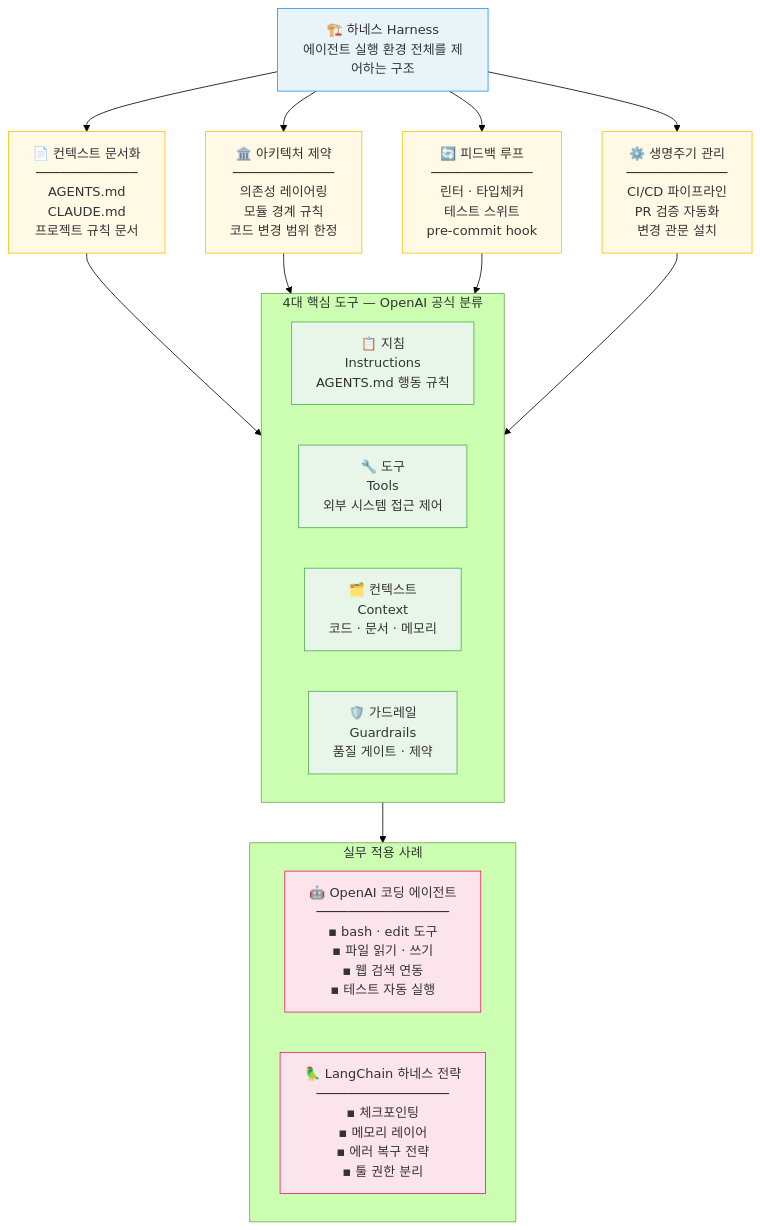
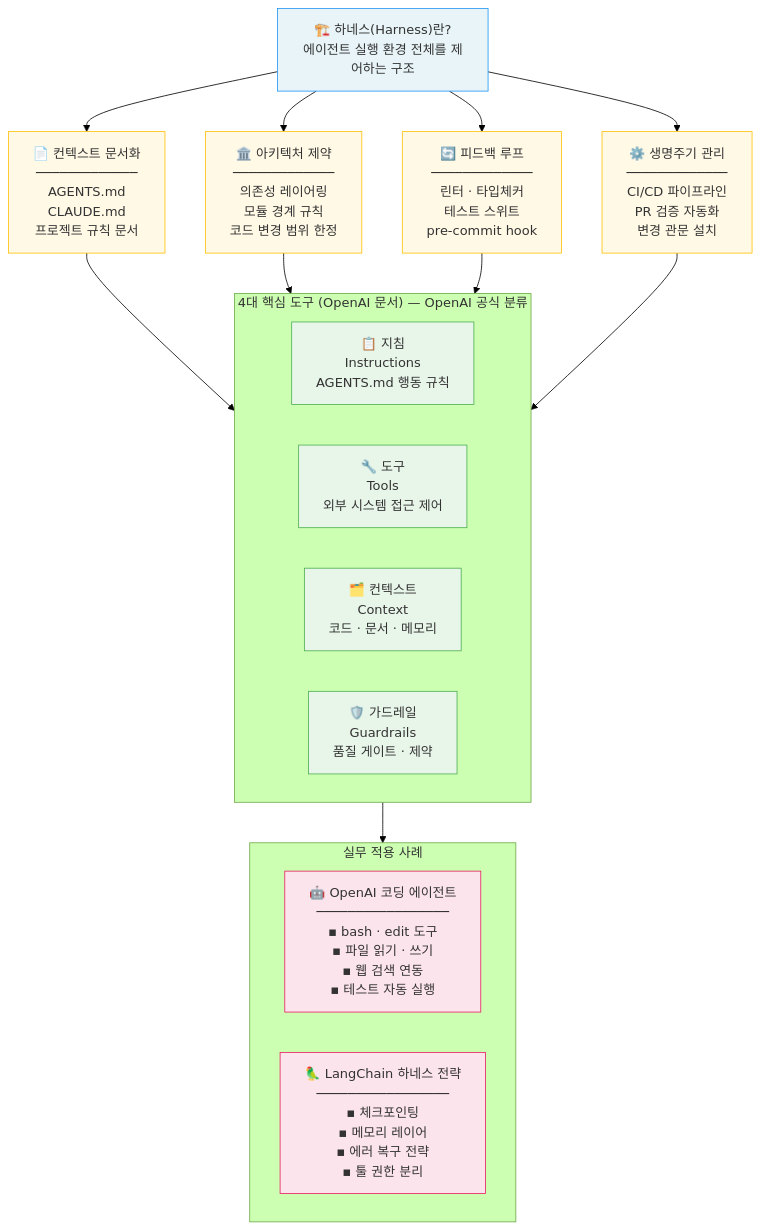
Before and after one commit to jeonck/it-audit-onboard: the second of 2 diagrams in content/harness_engineering.md, drawn with Mermaid (forest theme).

Commit message:
하네스 엔지니어링 다이어그램 원본 이미지 대조 수정
- ROOT 박스 제목 '하네스(Harness)란?' 으로 원본 표기 일치
- 4대 핵심 도구 subgraph 소제목에 'OpenAI 공식 분류' 명시

````diff
--- a/content/harness_engineering.md
+++ b/content/harness_engineering.md
@@ -48,41 +48,41 @@
 ```mermaid
 flowchart TD
-    ROOT["🏗️ 하네스 Harness\n에이전트 실행 환경 전체를 제어하는 구조"]
+    ROOT["🏗️ 하네스(Harness)란?\n에이전트 실행 환경 전체를 제어하는 구조"]
 
     ROOT --> C1 & C2 & C3 & C4
 
     C1["📄 컨텍스트 문서화\n─────────────\nAGENTS.md\nCLAUDE.md\n프로젝트 규칙 문서"]
     C2["🏛️ 아키텍처 제약\n─────────────\n의존성 레이어링\n모듈 경계 규칙\n코드 변경 범위 한정"]
     C3["🔄 피드백 루프\n─────────────\n린터 · 타입체커\n테스트 스위트\npre-commit hook"]
     C4["⚙️ 생명주기 관리\n─────────────\nCI/CD 파이프라인\nPR 검증 자동화\n변경 관문 설치"]
 
     C1 & C2 & C3 & C4 --> OPENAI
 
-    subgraph OPENAI["4대 핵심 도구 — OpenAI 공식 분류"]
+    subgraph OPENAI["4대 핵심 도구 (OpenAI 문서) — OpenAI 공식 분류"]
         direction LR
         T1["📋 지침\nInstructions\nAGENTS.md 행동 규칙"]
         T2["🔧 도구\nTools\n외부 시스템 접근 제어"]
         T3["🗂️ 컨텍스트\nContext\n코드 · 문서 · 메모리"]
         T4["🛡️ 가드레일\nGuardrails\n품질 게이트 · 제약"]
     end
 
     OPENAI --> CASES
 
     subgraph CASES["실무 적용 사례"]
         direction LR
         OAI["🤖 OpenAI 코딩 에이전트\n─────────────────\n▪ bash · edit 도구\n▪ 파일 읽기 · 쓰기\n▪ 웹 검색 연동\n▪ 테스트 자동 실행"]
         LC["🦜 LangChain 하네스 전략\n─────────────────\n▪ 체크포인팅\n▪ 메모리 레이어\n▪ 에러 복구 전략\n▪ 툴 권한 분리"]
     end
 
     style ROOT fill:#e8f4f8,stroke:#2196F3,color:#333
     style C1 fill:#fff9e6,stroke:#ffc107,color:#333
     style C2 fill:#fff9e6,stroke:#ffc107,color:#333
     style C3 fill:#fff9e6,stroke:#ffc107,color:#333
     style C4 fill:#fff9e6,stroke:#ffc107,color:#333
     style T1 fill:#e8f5e9,stroke:#4caf50,color:#333
     style T2 fill:#e8f5e9,stroke:#4caf50,color:#333
     style T3 fill:#e8f5e9,stroke:#4caf50,color:#333
     style T4 fill:#e8f5e9,stroke:#4caf50,color:#333
     style OAI fill:#fce4ec,stroke:#e91e63,color:#333
     style LC fill:#fce4ec,stroke:#e91e63,color:#333
 ```
````
